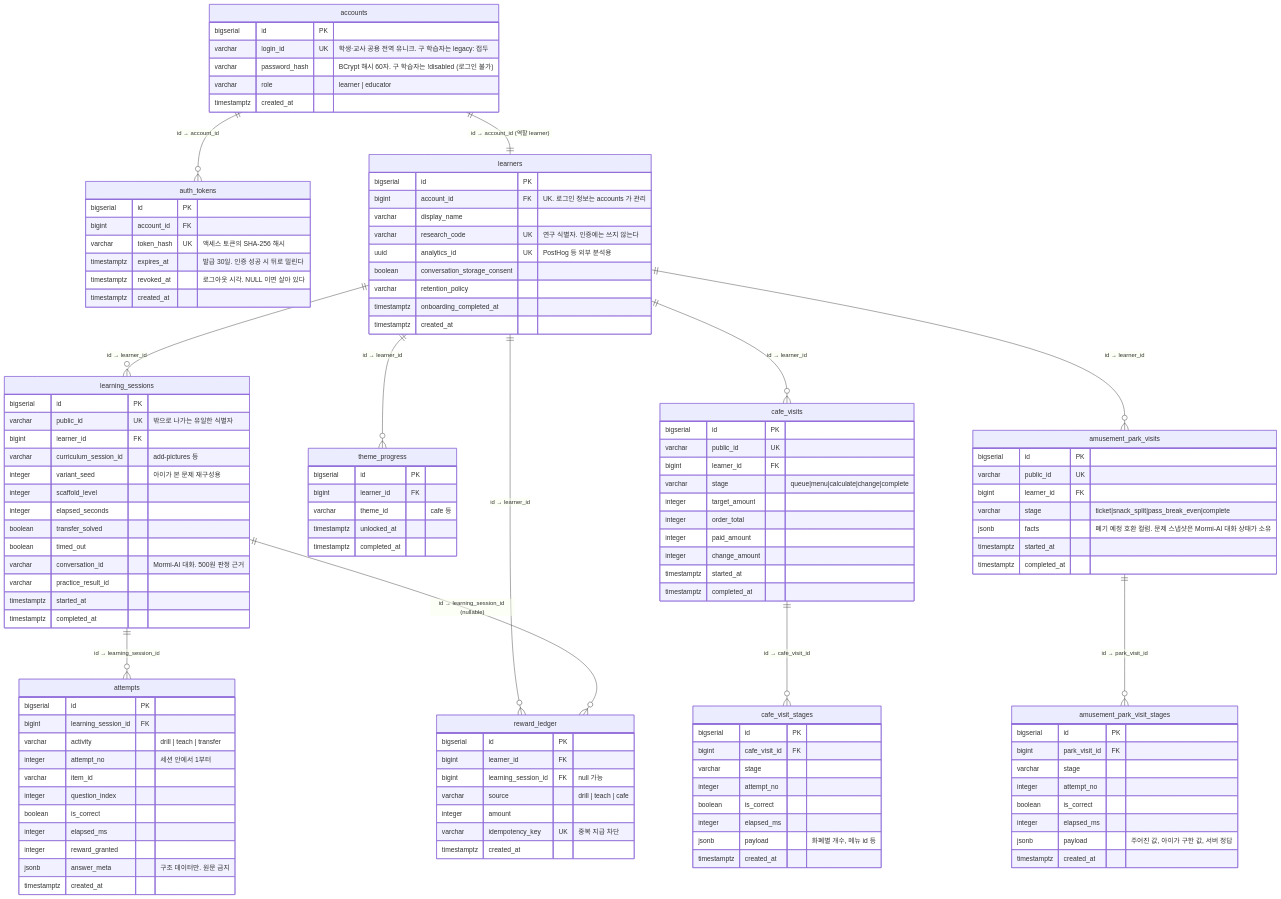
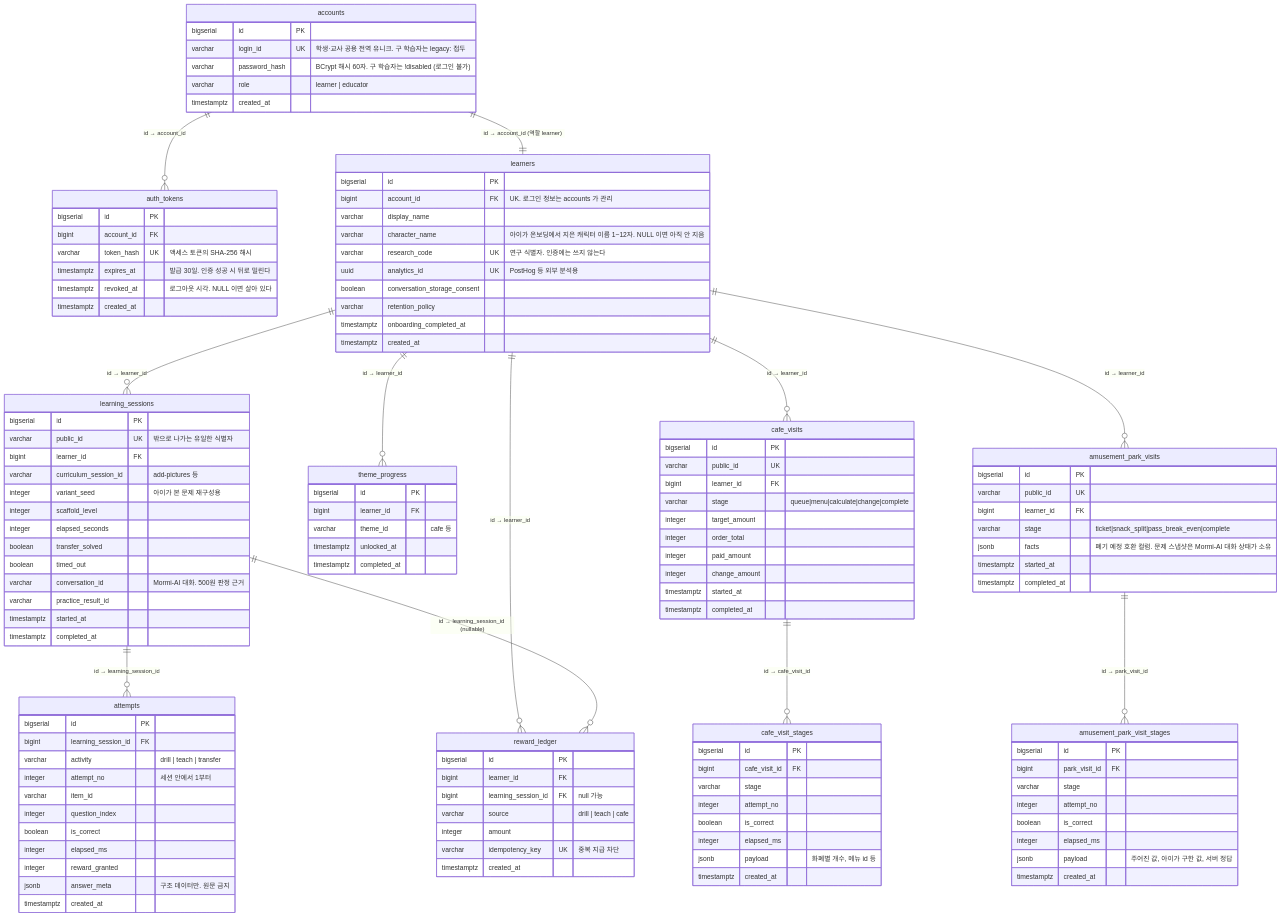
One commit to flyai-y2s2/Mormi-BE changed the first of 2 diagrams in docs/ERD.md. Above: the diagram before and after it, drawn with Mermaid. The commit also changed 9 other files, not shown here.

```diff
--- a/docs/ERD.md
+++ b/docs/ERD.md
@@ -39,6 +39,7 @@
         bigserial id PK
         bigint    account_id FK "UK. 로그인 정보는 accounts 가 관리"
         varchar   display_name
+        varchar   character_name "아이가 온보딩에서 지은 캐릭터 이름 1~12자. NULL 이면 아직 안 지음"
         varchar   research_code UK "연구 식별자. 인증에는 쓰지 않는다"
         uuid      analytics_id  UK "PostHog 등 외부 분석용"
         boolean   conversation_storage_consent
```
